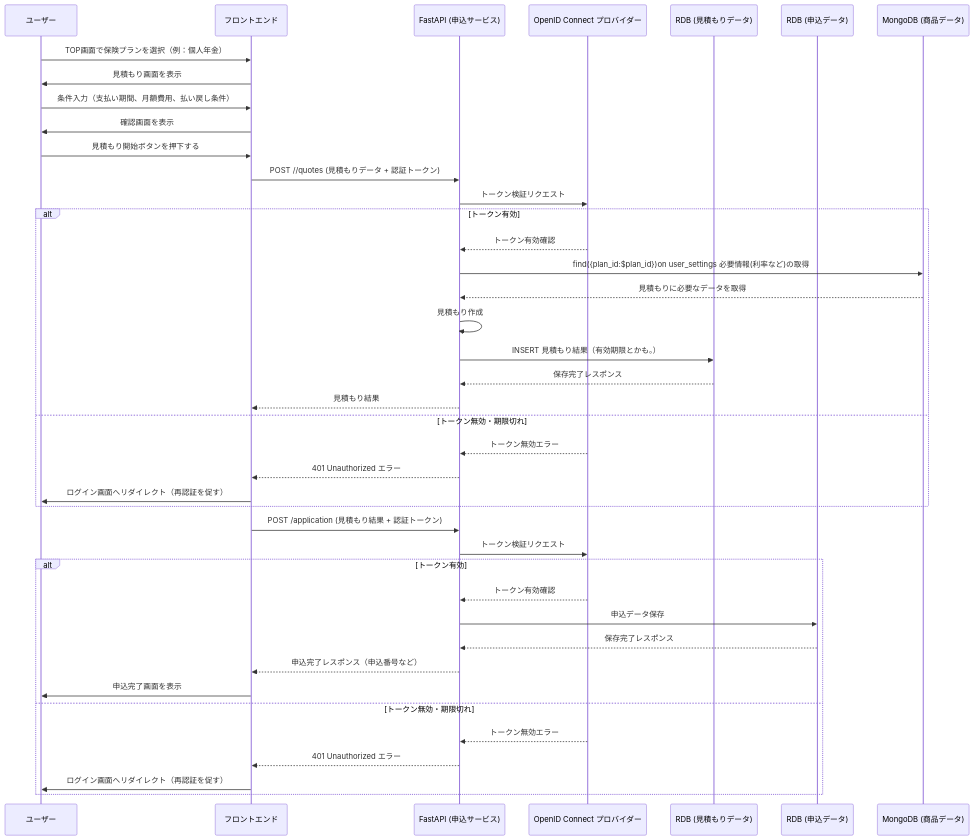
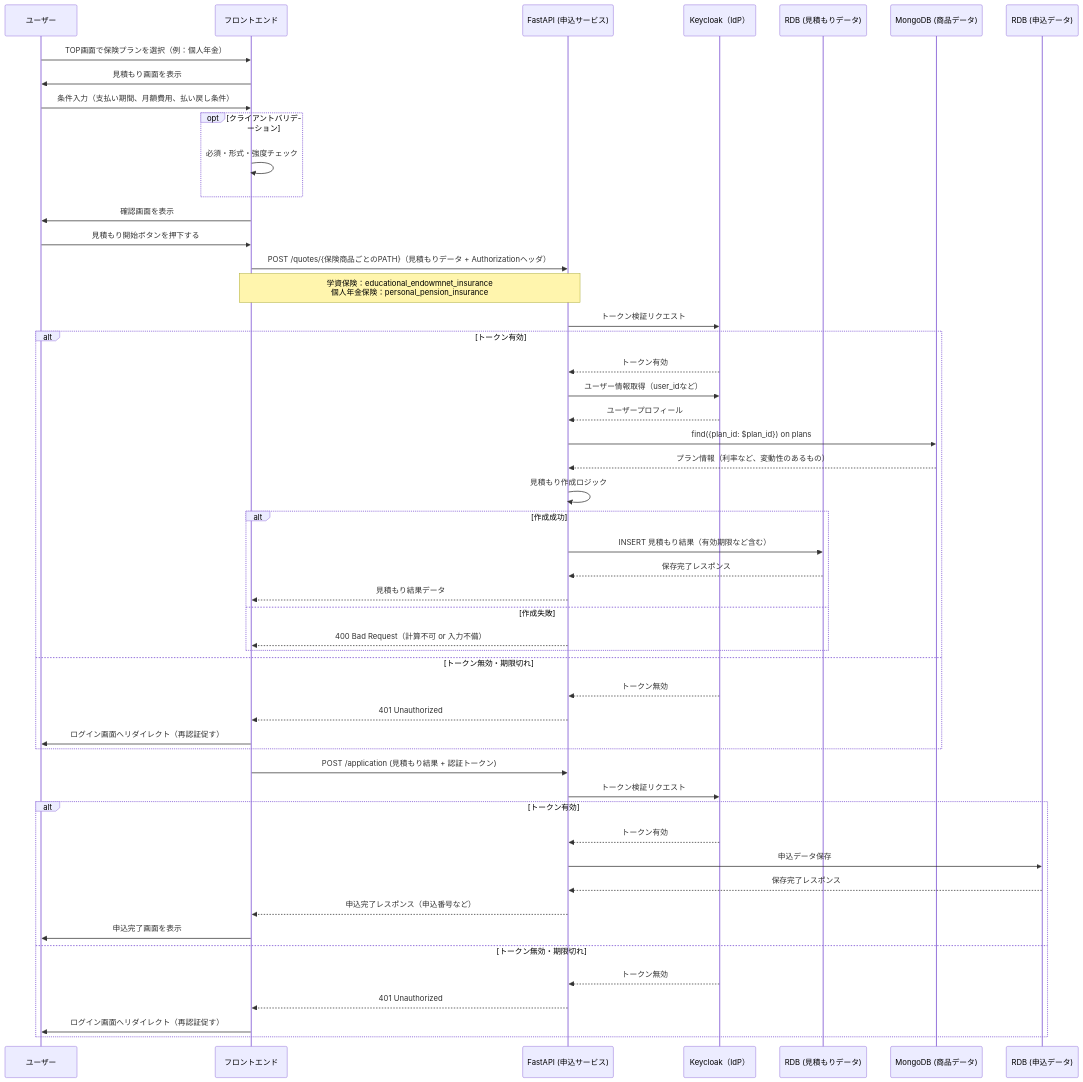
Before and after one commit to Yumapon/microservice_app: the sixth of 10 diagrams in sequence/README.md, drawn with Mermaid. The commit also changed other lines of this file and 14 other files, not shown here.

Commit message:
sequence and openapi

````diff
--- a/sequence/README.md
+++ b/sequence/README.md
@@ -71,44 +314,56 @@
 ```mermaid
 sequenceDiagram
     participant User as ユーザー
     participant Frontend as フロントエンド
     participant API as FastAPI (申込サービス)
-    participant OIDC as OpenID Connect プロバイダー
+    participant Keycloak as Keycloak（IdP）
     participant DB1 as RDB (見積もりデータ)
-    participant DB2 as RDB (申込データ)
-    participant DB3 as MongoDB (商品データ)
+    participant DB2 as MongoDB (商品データ)
+    participant DB3 as RDB (申込データ)
+
 
     User->>Frontend: TOP画面で保険プランを選択（例：個人年金）
     Frontend->>User: 見積もり画面を表示
     User->>Frontend: 条件入力（支払い期間、月額費用、払い戻し条件）
+    opt クライアントバリデーション
+        Frontend->>Frontend: 必須・形式・強度チェック
+    end
     Frontend->>User: 確認画面を表示
     User->>Frontend: 見積もり開始ボタンを押下する
-    Frontend->>API: POST //quotes (見積もりデータ + 認証トークン)
-    API->>OIDC: トークン検証リクエスト
+    Frontend->>API: POST /quotes/{保険商品ごとのPATH}（見積もりデータ + Authorizationヘッダ）
+    Note over Frontend,API: 学資保険：educational_endowmnet_insurance<br>個人年金保険：personal_pension_insurance
+    API->>Keycloak: トークン検証リクエスト
     alt トークン有効
-        OIDC-->>API: トークン有効確認
-        API->>DB3: find({plan_id:$plan_id})on user_settings 必要情報(利率など)の取得
-        DB3-->>API:見積もりに必要なデータを取得
-        API->>API:見積もり作成
-        API->>DB1:INSERT 見積もり結果（有効期限とかも。）
-        DB1-->>API: 保存完了レスポンス
-        API-->>Frontend: 見積もり結果
+        Keycloak-->>API: トークン有効
+        API->>Keycloak: ユーザー情報取得（user_idなど）
+        Keycloak-->>API: ユーザープロフィール
+        API->>DB2: find({plan_id: $plan_id}) on plans
+        DB2-->>API: プラン情報（利率など、変動性のあるもの）
+
+        API->>API: 見積もり作成ロジック
+        alt 作成成功
+            API->>DB1: INSERT 見積もり結果（有効期限など含む）
+            DB1-->>API: 保存完了レスポンス
+            API-->>Frontend: 見積もり結果データ
+        else 作成失敗
+            API-->>Frontend: 400 Bad Request（計算不可 or 入力不備）
+        end
     else トークン無効・期限切れ
-        OIDC-->>API: トークン無効エラー
-        API-->>Frontend: 401 Unauthorized エラー
-        Frontend->>User: ログイン画面へリダイレクト（再認証を促す）
+        Keycloak-->>API: トークン無効
+        API-->>Frontend: 401 Unauthorized
+        Frontend->>User: ログイン画面へリダイレクト（再認証促す）
     end
     Frontend->>API: POST /application (見積もり結果 + 認証トークン)
-    API->>OIDC: トークン検証リクエスト
+    API->>Keycloak: トークン検証リクエスト
     alt トークン有効
-        OIDC-->>API: トークン有効確認
-        API->>DB2: 申込データ保存
-        DB2-->>API: 保存完了レスポンス
+        Keycloak-->>API: トークン有効
+        API->>DB3: 申込データ保存
+        DB3-->>API: 保存完了レスポンス
         API-->>Frontend: 申込完了レスポンス（申込番号など）
         Frontend->>User: 申込完了画面を表示
     else トークン無効・期限切れ
-        OIDC-->>API: トークン無効エラー
-        API-->>Frontend: 401 Unauthorized エラー
-        Frontend->>User: ログイン画面へリダイレクト（再認証を促す）
+        Keycloak-->>API: トークン無効
+        API-->>Frontend: 401 Unauthorized
+        Frontend->>User: ログイン画面へリダイレクト（再認証促す）
     end
 ```
````
